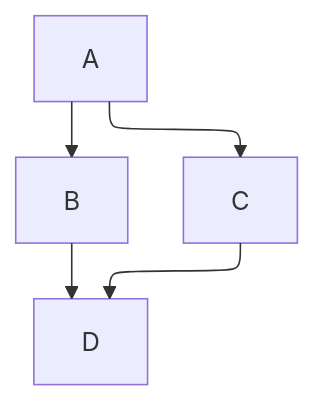
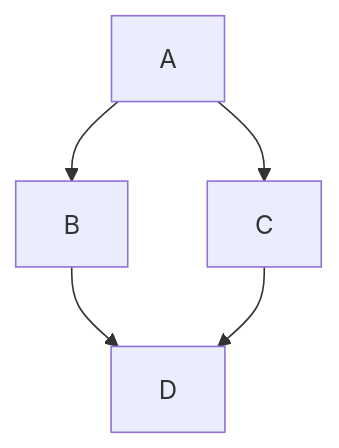
One commit to kavsingh/tsblank changed the diagram in README.md. Above: the diagram before and after it, drawn with Mermaid.

Commit message:
try tidy-tree?

````diff
--- a/README.md
+++ b/README.md
@@ -23,11 +23,11 @@
 ```mermaid
 ---
 config:
-  layout: elk
+  layout: tidy-tree
 ---
 graph TD;
    A-->B;
    A-->C;
    B-->D;
    C-->D;
 ```
````
